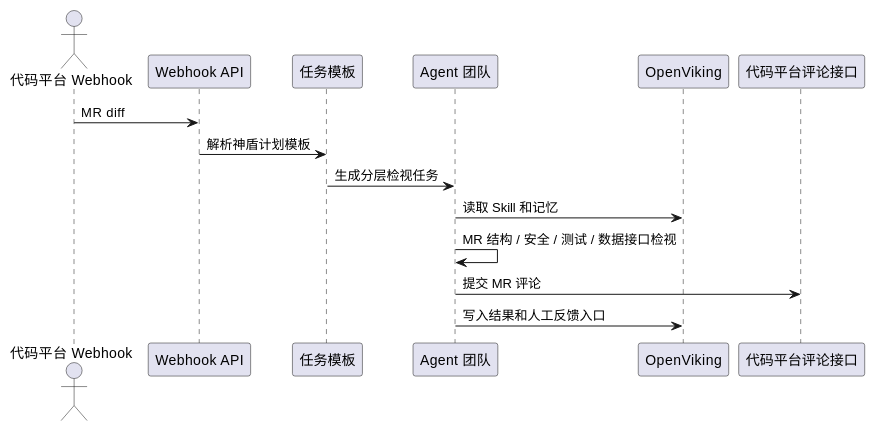
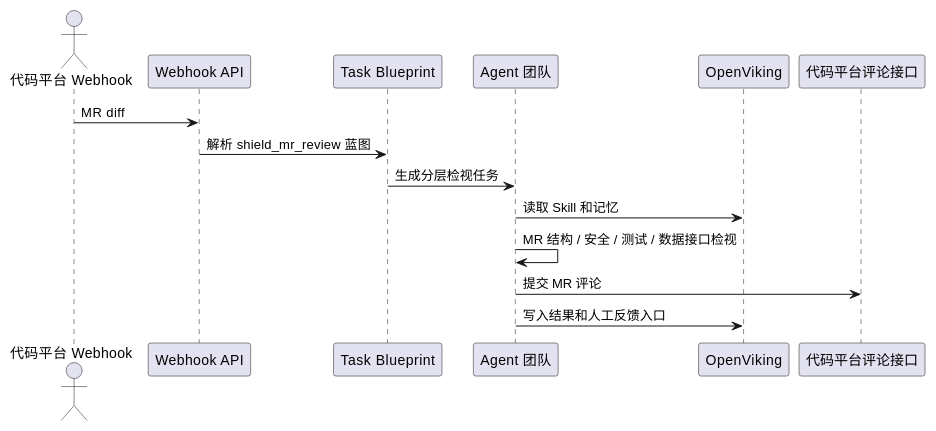
The fifth of 5 diagrams in docs/system-design.zh-CN.md (SimonMing47/agent-world), drawn with PlantUML before and after one commit. The commit also changed other lines of this file and 35 other files, not shown here.

Commit message:
feat: add task blueprint platform kernel

````diff
--- a/docs/system-design.zh-CN.md
+++ b/docs/system-design.zh-CN.md
@@ -143,18 +145,18 @@
 ```plantuml
 @startuml
 actor "代码平台 Webhook" as Git
 participant "Webhook API" as API
-participant "任务模板" as Template
+participant "Task Blueprint" as Blueprint
 participant "Agent 团队" as Team
 participant "OpenViking" as Memory
 participant "代码平台评论接口" as Comment
 
 Git -> API: MR diff
-API -> Template: 解析神盾计划模板
-Template -> Team: 生成分层检视任务
+API -> Blueprint: 解析 shield_mr_review 蓝图
+Blueprint -> Team: 生成分层检视任务
 Team -> Memory: 读取 Skill 和记忆
 Team -> Team: MR 结构 / 安全 / 测试 / 数据接口检视
 Team -> Comment: 提交 MR 评论
 Team -> Memory: 写入结果和人工反馈入口
 @enduml
 ```
````
